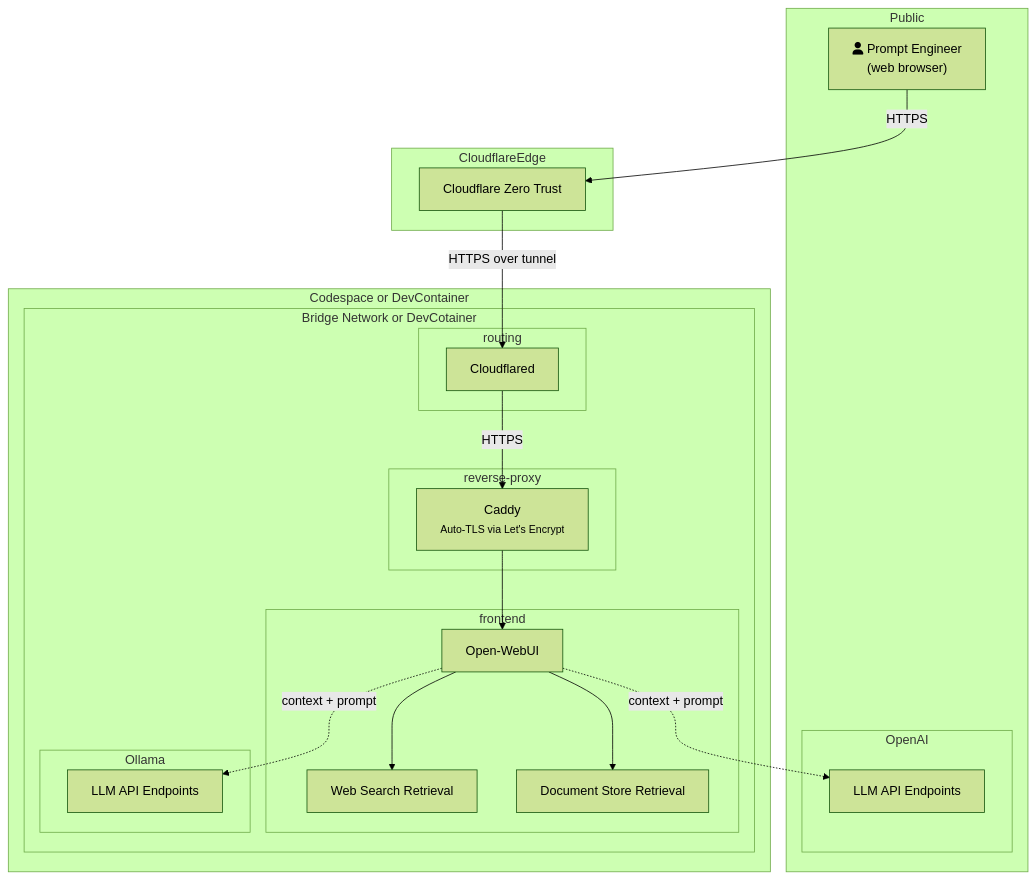
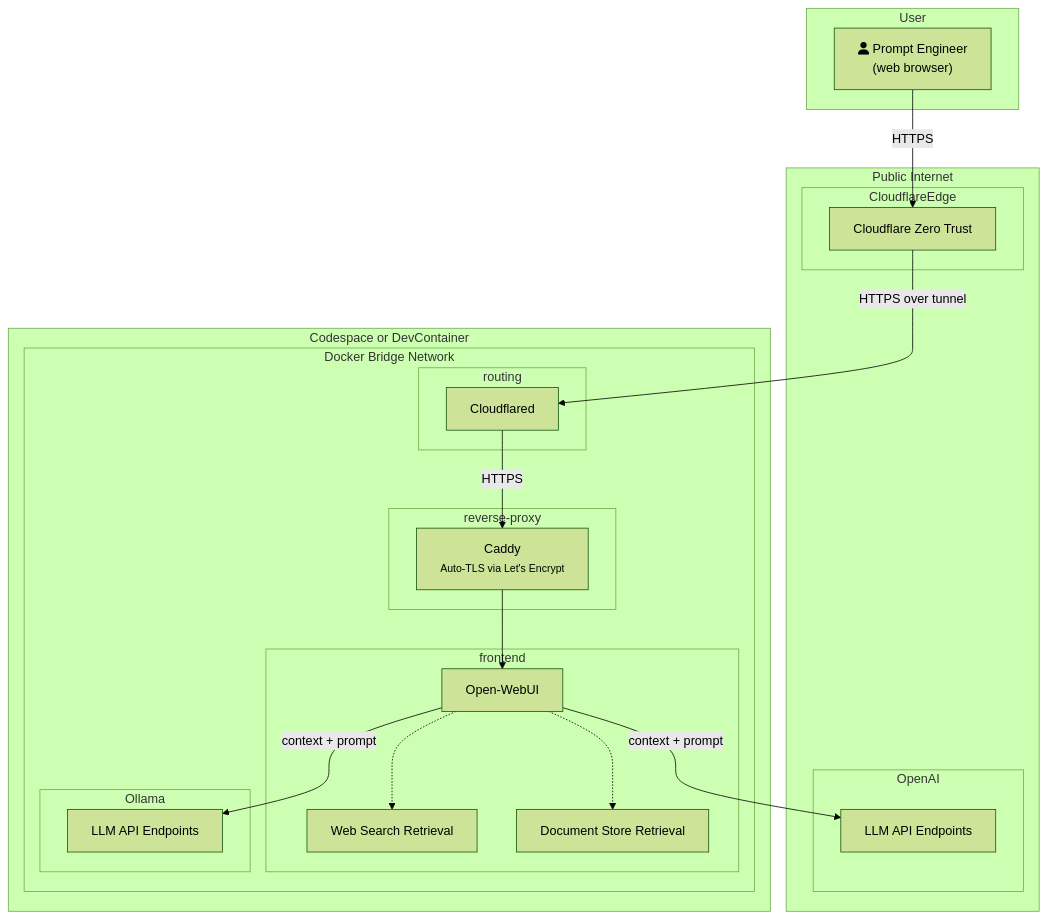
Before and after one commit to piky/open-webui: the diagram in README.md, drawn with Mermaid (forest theme).

Commit message:
Rename subgraph

````diff
--- a/README.md
+++ b/README.md
@@ -16,51 +16,57 @@
 ```mermaid
 flowchart TD
     %% External actors
-    subgraph Public
-        user["fa:fa-user Prompt Engineer\n(web browser)"]
-            subgraph OpenAI
-                openai["LLM API Endpoints"]
-            end
+    subgraph Public Internet
+
+        %% Cloudflare side
+        subgraph CloudflareEdge
+            cf["Cloudflare Zero Trust"]
+        end
+
+        subgraph OpenAI
+            openai["LLM API Endpoints"]
+        end
     end
 
-    %% Cloudflare side
-    subgraph CloudflareEdge
-        cf["Cloudflare Zero Trust"]
+    %% End-users
+    subgraph User
+        user["fa:fa-user Prompt Engineer\n(web browser)"]
     end
 
     %% Corporate network behind firewall
     subgraph Codespace or DevContainer
 
-        subgraph Bridge Network or DevCotainer
+        subgraph Docker Bridge Network
 
             subgraph routing
                 firewall["Cloudflared"]
             end
 
             subgraph reverse-proxy
                 caddy["Caddy \n<small> Auto-TLS via Let's Encrypt</small>"]
             end
 
             subgraph frontend
                 fe_app["Open-WebUI"]
                 rag_web["Web Search Retrieval"]
                 rag_doc["Document Store Retrieval"]
             end
+
             subgraph Ollama
                 ollama["LLM API Endpoints"]
             end
         end
     end
 
     %% Flow
     user  -->|HTTPS| cf
     cf    -->|HTTPS over tunnel| firewall
     firewall -->|HTTPS| caddy
     caddy --> fe_app
 
-    fe_app --> rag_web
-    fe_app --> rag_doc
-    fe_app -.->|context + prompt| ollama
+    fe_app -.-> rag_web
+    fe_app -.-> rag_doc
+    fe_app -->|context + prompt| ollama
 
-    fe_app -.->|context + prompt| openai
+    fe_app -->|context + prompt| openai
 ```
````
